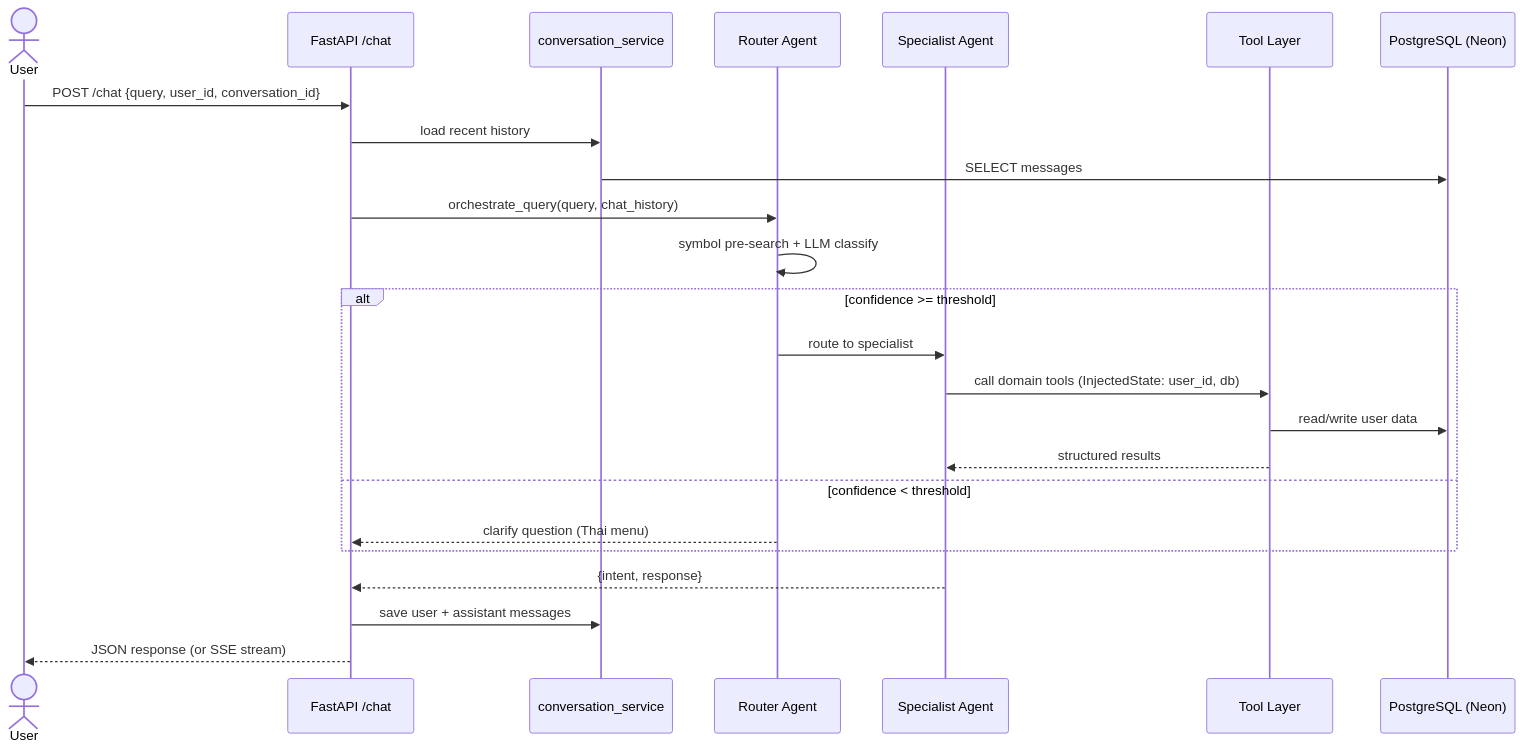
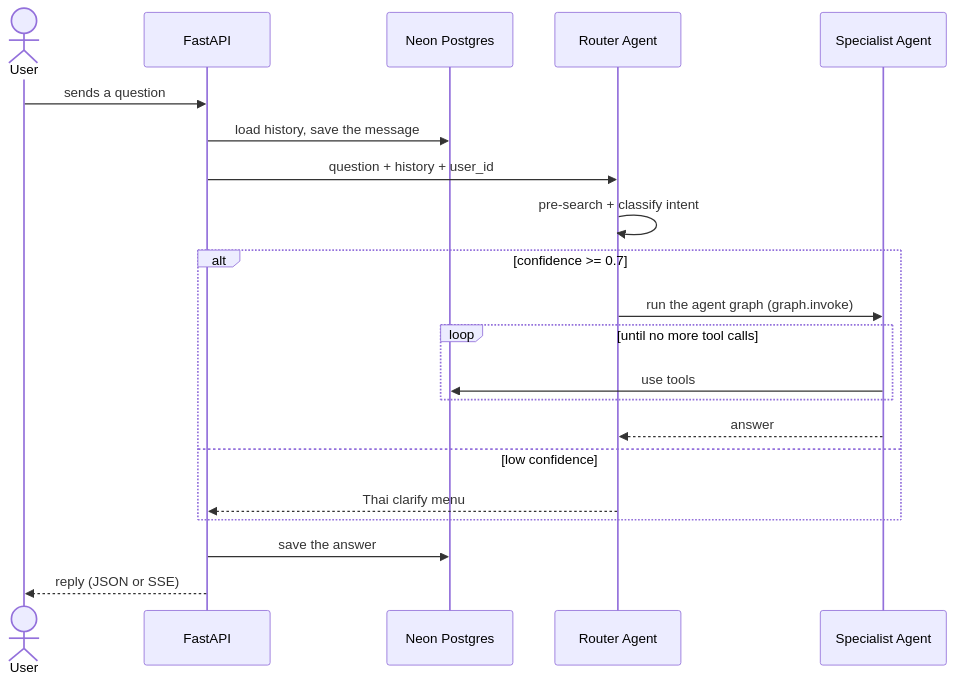
Before and after one commit to pakkaphon-tangtonglang/agenticaiforpersonalfinance: the ninth of 23 diagrams in docs/diagrams.md, drawn with Mermaid. The commit also changed other lines of this file, not shown here.

Commit message:
docs(diagrams): human-readable labels with technical terms kept; recover scrambled sections

````diff
--- a/docs/diagrams.md
+++ b/docs/diagrams.md
@@ -68,27 +238,24 @@
 ```mermaid
 sequenceDiagram
-    actor User
-    participant API as FastAPI /chat
-    participant Conv as conversation_service
-    participant Router as Router Agent
-    participant Agent as Specialist Agent
-    participant Tools as Tool Layer
-    participant DB as PostgreSQL (Neon)
+    actor U as User
+    participant API as FastAPI
+    participant DB as Neon Postgres
+    participant R as Router Agent
+    participant A as Specialist Agent
 
-    User->>API: POST /chat {query, user_id, conversation_id}
-    API->>Conv: load recent history
-    Conv->>DB: SELECT messages
-    API->>Router: orchestrate_query(query, chat_history)
-    Router->>Router: symbol pre-search + LLM classify
-    alt confidence >= threshold
-        Router->>Agent: route to specialist
-        Agent->>Tools: call domain tools (InjectedState: user_id, db)
-        Tools->>DB: read/write user data
-        Tools-->>Agent: structured results
-    else confidence < threshold
-        Router-->>API: clarify question (Thai menu)
+    U->>API: sends a question
+    API->>DB: load history, save the message
+    API->>R: question + history + user_id
+    R->>R: pre-search + classify intent
+    alt confidence >= 0.7
+        R->>A: run the agent graph (graph.invoke)
+        loop until no more tool calls
+            A->>DB: use tools
+        end
+        A-->>R: answer
+    else low confidence
+        R-->>API: Thai clarify menu
     end
-    Agent-->>API: {intent, response}
-    API->>Conv: save user + assistant messages
-    API-->>User: JSON response (or SSE stream)
+    API->>DB: save the answer
+    API-->>U: reply (JSON or SSE)
 ```
````
